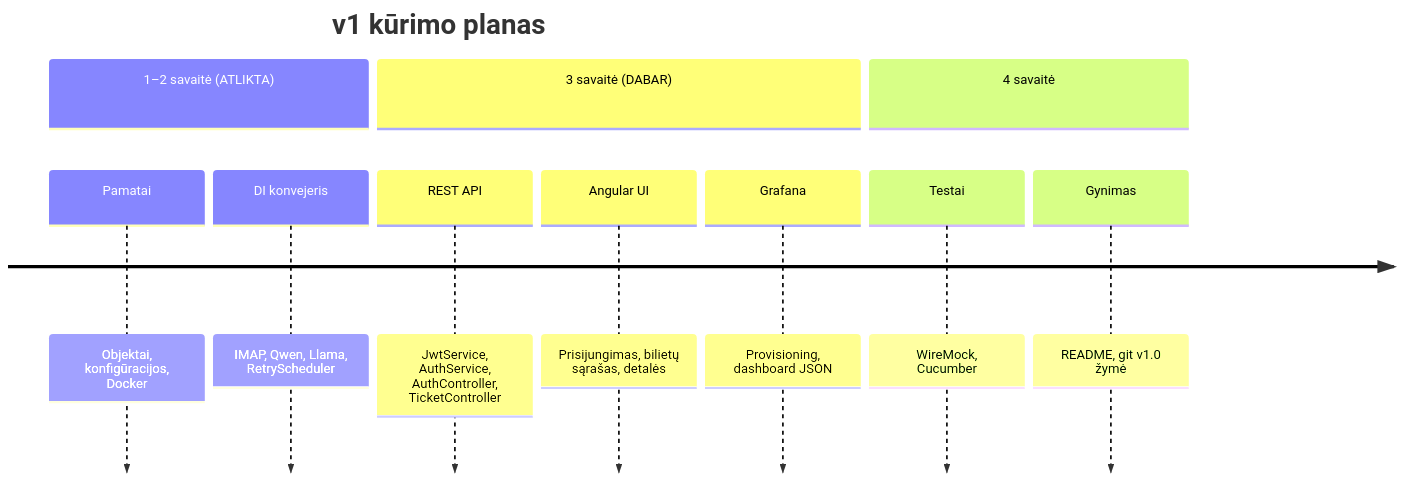
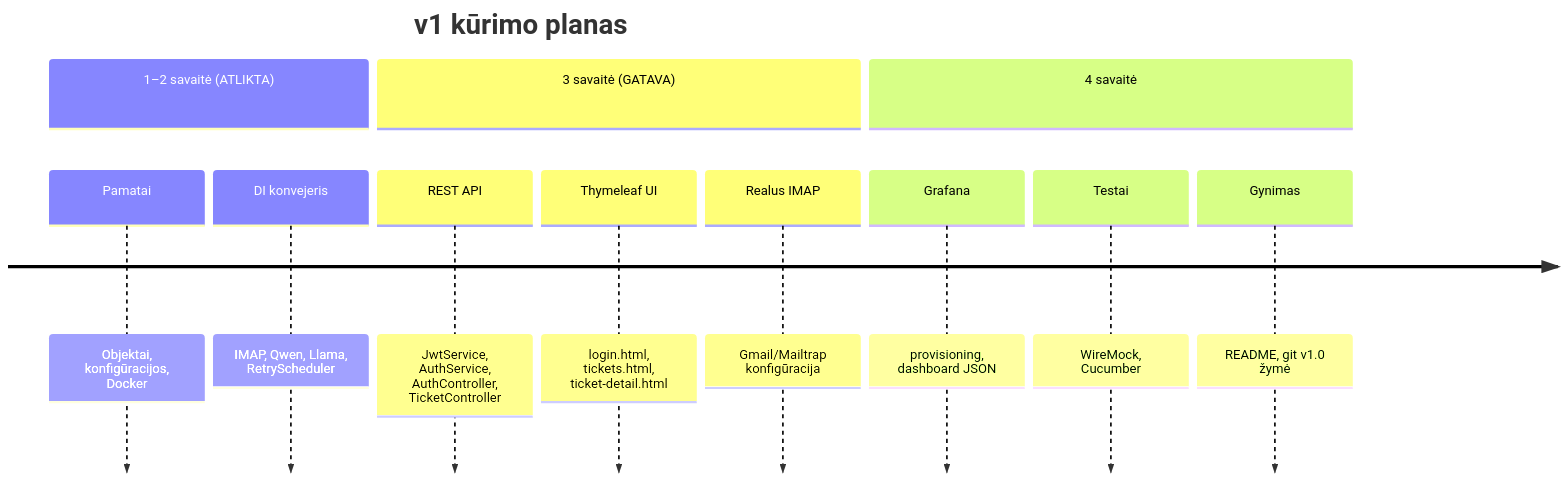
The fourth of 15 diagrams in docs/MASTER_ROADMAP_LT.md (olegskel7-wq/smart-freight-inbox), drawn with Mermaid before and after one commit. The commit also changed other lines of this file and 29 other files, not shown here.

````diff
--- a/docs/MASTER_ROADMAP_LT.md
+++ b/docs/MASTER_ROADMAP_LT.md
@@ -144,14 +145,15 @@
 ```mermaid
 timeline
   title v1 kūrimo planas
   section 1–2 savaitė (ATLIKTA)
     Pamatai : Objektai, konfigūracijos, Docker
     DI konvejeris : IMAP, Qwen, Llama, RetryScheduler
-  section 3 savaitė (DABAR)
+  section 3 savaitė (GATAVA)
     REST API : JwtService, AuthService, AuthController, TicketController
-    Angular UI : Prisijungimas, bilietų sąrašas, detalės
-    Grafana : Provisioning, dashboard JSON
+    Thymeleaf UI : login.html, tickets.html, ticket-detail.html
+    Realus IMAP : Gmail/Mailtrap konfigūracija
   section 4 savaitė
+    Grafana : provisioning, dashboard JSON
     Testai : WireMock, Cucumber
     Gynimas : README, git v1.0 žymė
 ```
````
